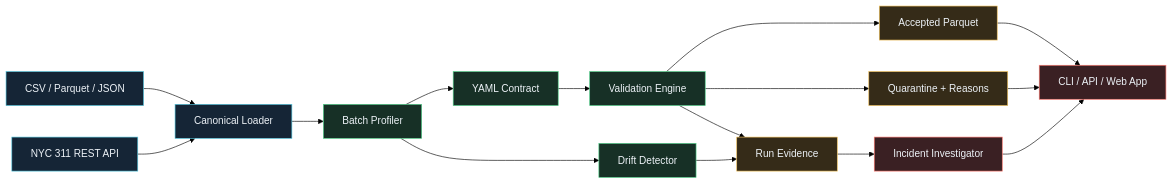
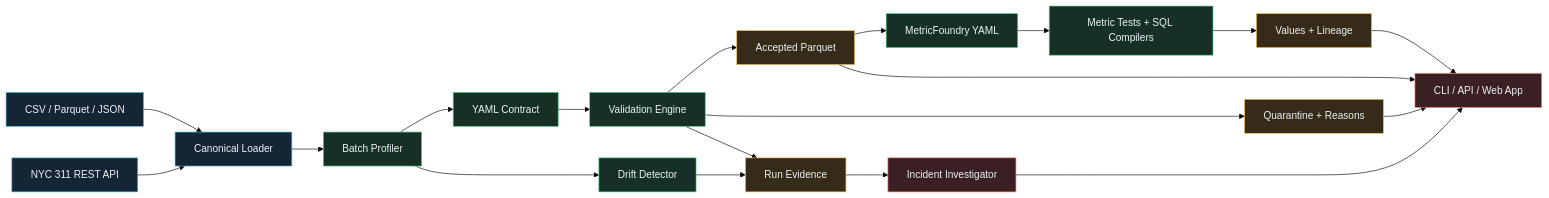
The diagram in README.md (Robertcurzon/pipeproof), drawn with Mermaid (forest theme) before and after one commit. The commit also changed other lines of this file and 14 other files, not shown here.

````diff
--- a/README.md
+++ b/README.md
@@ -33,26 +36,31 @@
 ```mermaid
 flowchart LR
     A["CSV / Parquet / JSON"] --> C["Canonical Loader"]
     B["NYC 311 REST API"] --> C
     C --> D["Batch Profiler"]
     D --> E["YAML Contract"]
     D --> F["Drift Detector"]
     E --> G["Validation Engine"]
     G --> H["Accepted Parquet"]
     G --> I["Quarantine + Reasons"]
     F --> J["Run Evidence"]
     G --> J
     J --> K["Incident Investigator"]
+    H --> M["MetricFoundry YAML"]
+    M --> N["Metric Tests + SQL Compilers"]
+    N --> O["Values + Lineage"]
     H --> L["CLI / API / Web App"]
     I --> L
     K --> L
+    O --> L
 
     classDef source fill:#152536,stroke:#53c7df,color:#edf2f7;
     classDef engine fill:#173026,stroke:#51d18a,color:#edf2f7;
     classDef evidence fill:#352b18,stroke:#f4c35c,color:#edf2f7;
     classDef incident fill:#3a2023,stroke:#ff786f,color:#edf2f7;
     class A,B,C source;
     class D,E,F,G engine;
-    class H,I,J evidence;
+    class H,I,J,O evidence;
     class K,L incident;
+    class M,N engine;
 ```
````
